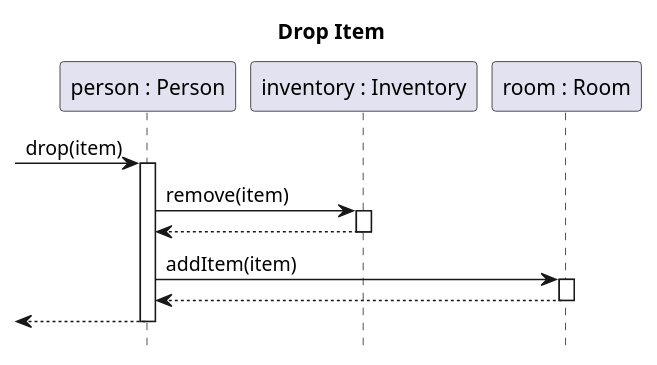
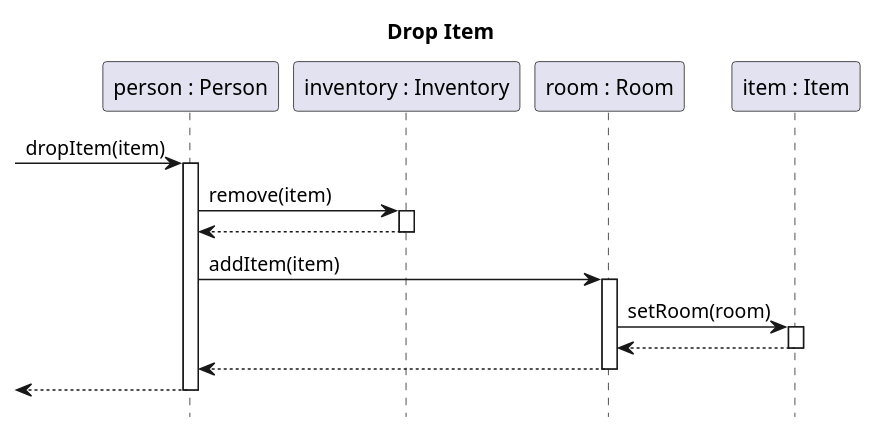
The diagram in docs/diagrams/sequence/person-drop-item.puml (sn4k3ch4rm3r/logarlec), drawn with PlantUML before and after one commit. The commit also changed 3 other files, not shown here.

Commit message:
Begin fixing/replacing sequences

```diff
--- a/docs/diagrams/sequence/person-drop-item.puml
+++ b/docs/diagrams/sequence/person-drop-item.puml
@@ -1,19 +1,21 @@
 @startuml person-drop-item
 
 title Drop Item
 hide footbox
 autoactivate on
 
 participant "person : Person" as person
 participant "inventory : Inventory" as inventory
 participant "room : Room" as room
+participant "item : Item" as item
 
-
-[-> person : drop(item)
+[-> person : dropItem(item)
 	person -> inventory : remove(item)
 	return
 	person -> room : addItem(item)
+		room -> item ++: setRoom(room)
+		return
 	return
 return
 
 @enduml
```
